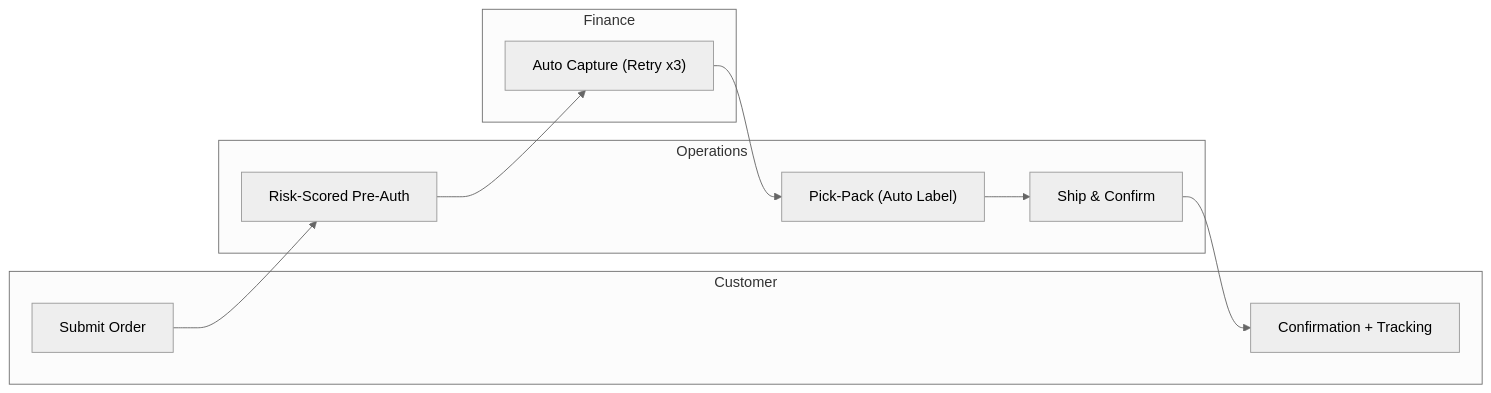
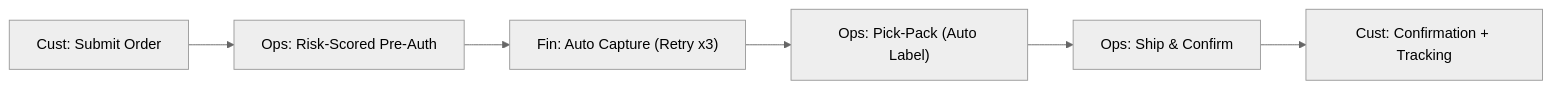
The second of 3 diagrams in Day10/README.md (emcdo411/ai-ba-21day-accelerator), drawn with Mermaid (neutral theme) before and after one commit.

````diff
--- a/Day10/README.md
+++ b/Day10/README.md
@@ -113,20 +113,10 @@
 ```mermaid
 flowchart LR
-  subgraph Customer
-    C1["Submit Order"]
-    C2["Confirmation + Tracking"]
-  end
-
-  subgraph Operations
-    O1["Risk-Scored Pre-Auth"]
-    O2["Pick-Pack (Auto Label)"]
-    O3["Ship & Confirm"]
-  end
-
-  subgraph Finance
-    F1["Auto Capture (Retry x3)"]
-  end
-
-  C1 --> O1 --> F1 --> O2 --> O3 --> C2
+  %% Target State - reduced handoffs, automation added
+  C1["Cust: Submit Order"] --> O1["Ops: Risk-Scored Pre-Auth"]
+  O1 --> F1["Fin: Auto Capture (Retry x3)"]
+  F1 --> O2["Ops: Pick-Pack (Auto Label)"]
+  O2 --> O3["Ops: Ship & Confirm"]
+  O3 --> C2["Cust: Confirmation + Tracking"]
 
 ```
````
